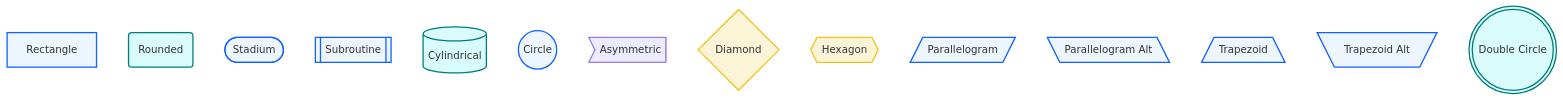
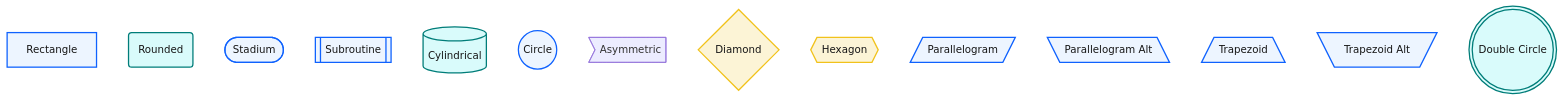
One commit to zhiweio/mermaid-illustrate changed the third of 17 diagrams in examples/flowchart.md. Above: the diagram before and after it, drawn with Mermaid. The commit also changed other lines of this file and 22 other files, not shown here.

````diff
--- a/examples/flowchart.md
+++ b/examples/flowchart.md
@@ -113,25 +113,25 @@
 ```mermaid
 flowchart TD
     A[Rectangle]
     B("Rounded")
     C(["Stadium"])
     D[["Subroutine"]]
     E[("Cylindrical")]
     F(("Circle"))
     G>"Asymmetric"]
     H{"Diamond"}
     I{{"Hexagon"}}
     J[/"Parallelogram"/]
     K[\"Parallelogram Alt"\]
     L[/"Trapezoid"\]
     M[\"Trapezoid Alt"/]
     N((("Double Circle")))
 
-    classDef bpProcess fill:#edf5ff,stroke:#0f62fe,stroke-width:2px
-    classDef bpData fill:#d9fbfb,stroke:#007d79,stroke-width:2px
-    classDef bpDecision fill:#fcf4d6,stroke:#f1c21b,stroke-width:2px
+    classDef bpProcess fill:#edf5ff,stroke:#0f62fe,stroke-width:2px,color:#161616
+    classDef bpData fill:#d9fbfb,stroke:#007d79,stroke-width:2px,color:#161616
+    classDef bpDecision fill:#fcf4d6,stroke:#f1c21b,stroke-width:2px,color:#161616
 
     class A,C,D,F,J,K,L,M bpProcess
     class B,E,N bpData
     class H,I bpDecision
 ```
````
